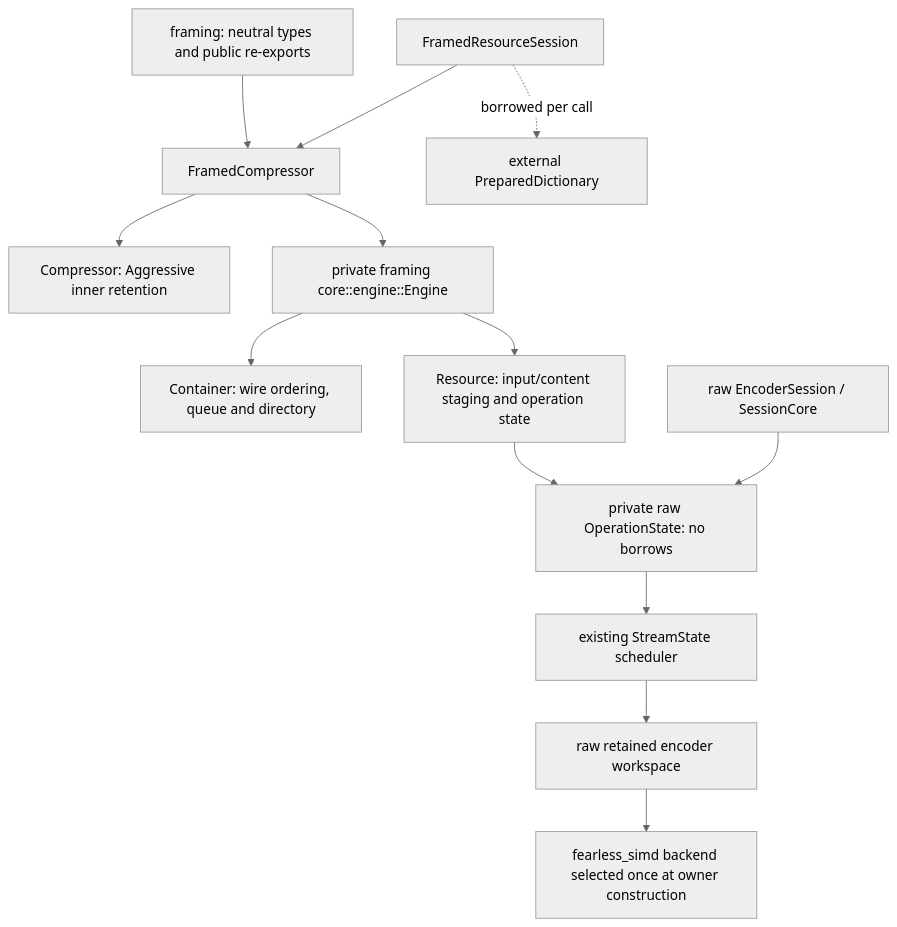
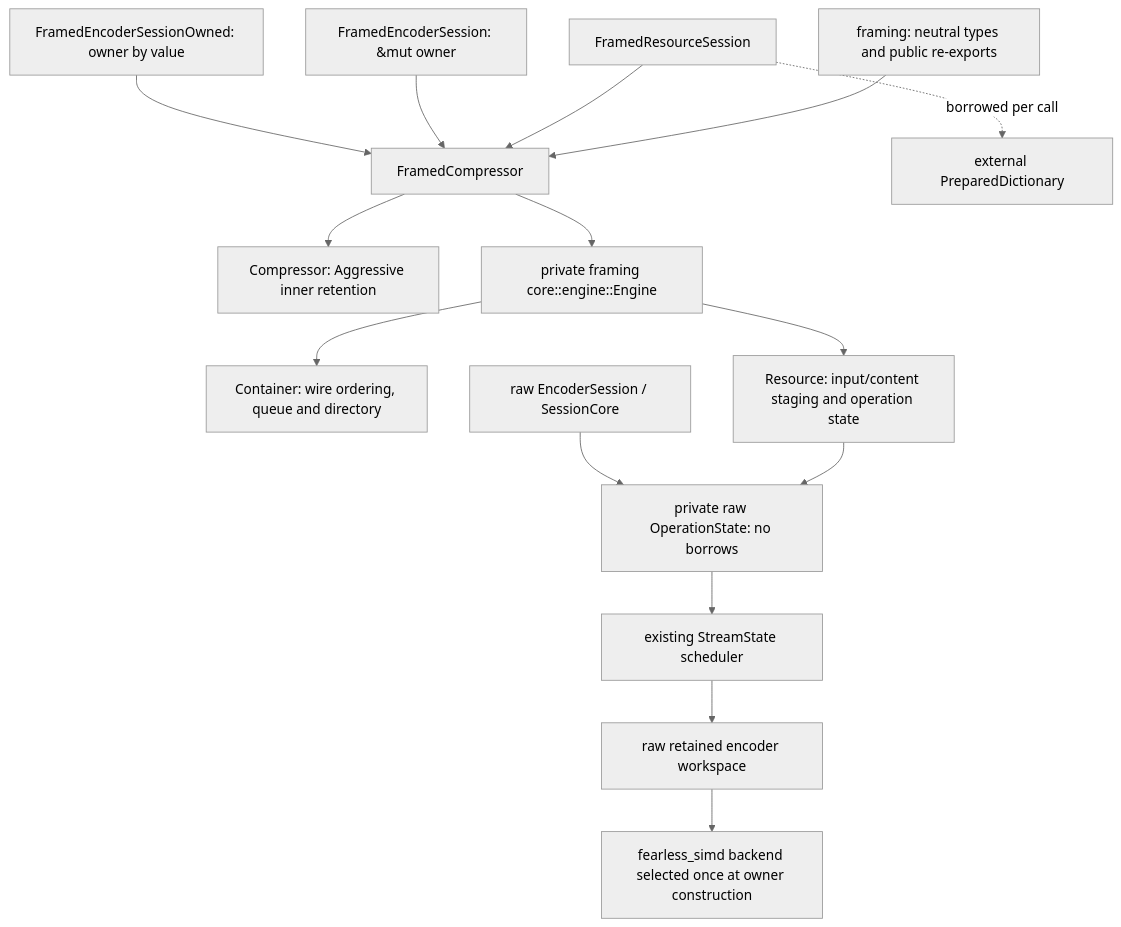
Before and after one commit to Mnwa/mbrotli: the first of 4 diagrams in architecture/framing.md, drawn with Mermaid (neutral theme). The commit also changed other lines of this file and 13 other files, not shown here.

Commit message:
Add framed sessions owned

````diff
--- a/architecture/framing.md
+++ b/architecture/framing.md
@@ -12,15 +12,17 @@
 ```mermaid
 graph TD
     Facade[framing: neutral types and public re-exports] --> Owner[FramedCompressor]
     Owner --> Raw[Compressor: Aggressive inner retention]
     Owner --> Engine[private framing core::engine::Engine]
     Engine --> Container[Container: wire ordering, queue and directory]
     Engine --> Resource[Resource: input/content staging and operation state]
     Resource --> Operation[private raw OperationState: no borrows]
     RawSession[raw EncoderSession / SessionCore] --> Operation
     Operation --> Scheduler[existing StreamState scheduler]
     Scheduler --> Workspace[raw retained encoder workspace]
     Workspace --> SIMD[fearless_simd backend selected once at owner construction]
     Guard[FramedResourceSession] -. borrowed per call .-> Dictionary[external PreparedDictionary]
     Guard --> Owner
+    Borrowed[FramedEncoderSession: &mut owner] --> Owner
+    Owned[FramedEncoderSessionOwned: owner by value] --> Owner
 ```
````
